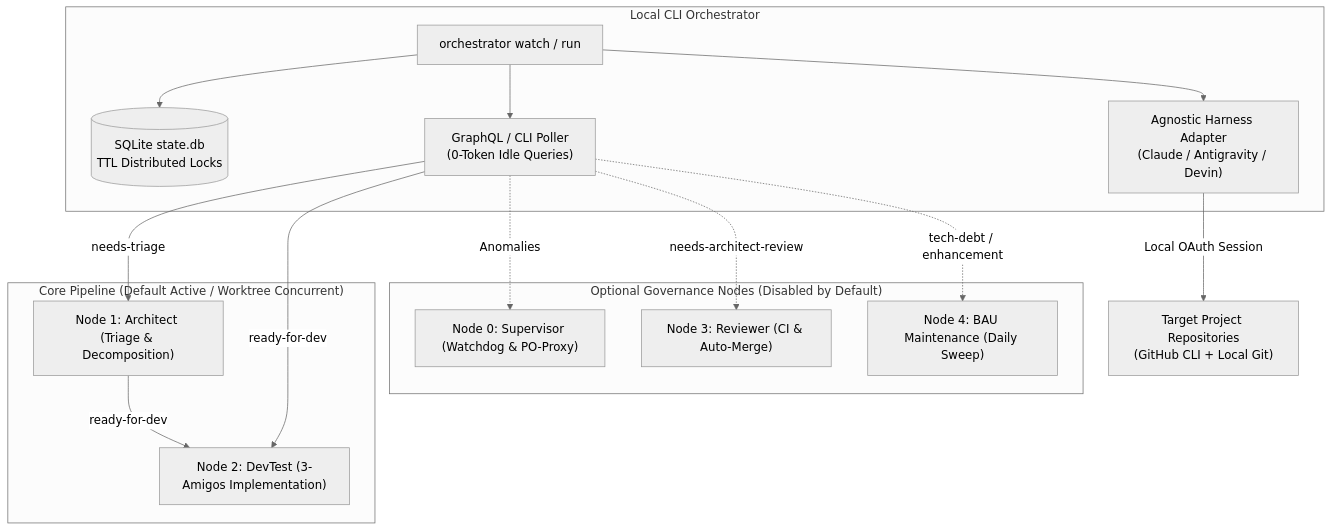
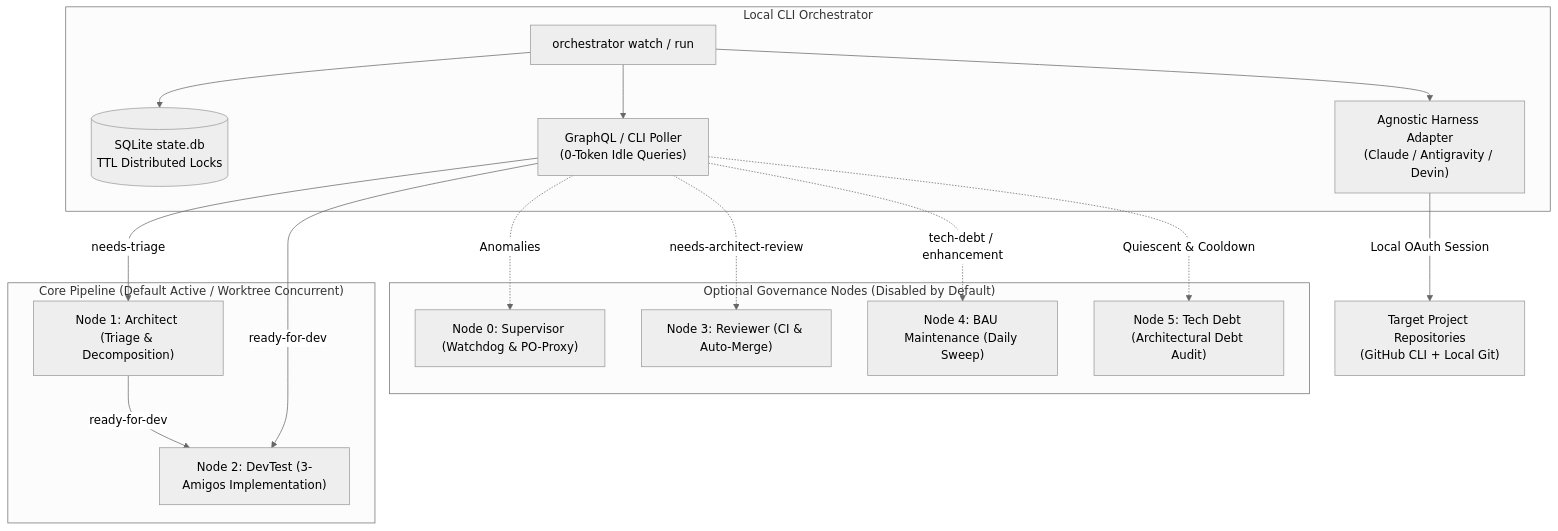
The diagram in docs/local-cli-pipeline.md (AntaresAndBharani/graph-engineering), drawn with Mermaid (neutral theme) before and after one commit. The commit also changed other lines of this file and 4 other files, not shown here.

First line of the commit message:
test(tech_debt, docs): comprehensive BDD test suite & living architecture documentation sync (#183)

````diff
--- a/docs/local-cli-pipeline.md
+++ b/docs/local-cli-pipeline.md
@@ -9,22 +9,23 @@
 ```mermaid
 flowchart TD
     subgraph Local Engine [Local CLI Orchestrator]
         CLI["orchestrator watch / run"] --> DB[(SQLite state.db\nTTL Distributed Locks)]
         CLI --> Poller["GraphQL / CLI Poller\n(0-Token Idle Queries)"]
         CLI --> Harness["Agnostic Harness Adapter\n(Claude / Antigravity / Devin)"]
     end
 
     subgraph Core 2-Node Parallel Engine ["Core Pipeline (Default Active / Worktree Concurrent)"]
         Poller -->|needs-triage| N2["Node 1: Architect (Triage & Decomposition)"]
         Poller -->|ready-for-dev| N3["Node 2: DevTest (3-Amigos Implementation)"]
         N2 -->|ready-for-dev| N3
     end
 
     subgraph Optional Governance Nodes ["Optional Governance Nodes (Disabled by Default)"]
         Poller -.->|Anomalies| N1["Node 0: Supervisor (Watchdog & PO-Proxy)"]
         Poller -.->|needs-architect-review| N4["Node 3: Reviewer (CI & Auto-Merge)"]
         Poller -.->|tech-debt / enhancement| N5["Node 4: BAU Maintenance (Daily Sweep)"]
+        Poller -.->|Quiescent & Cooldown| N6["Node 5: Tech Debt (Architectural Debt Audit)"]
     end
 
     Harness -->|Local OAuth Session| TargetRepo["Target Project Repositories\n(GitHub CLI + Local Git)"]
 ```
````
